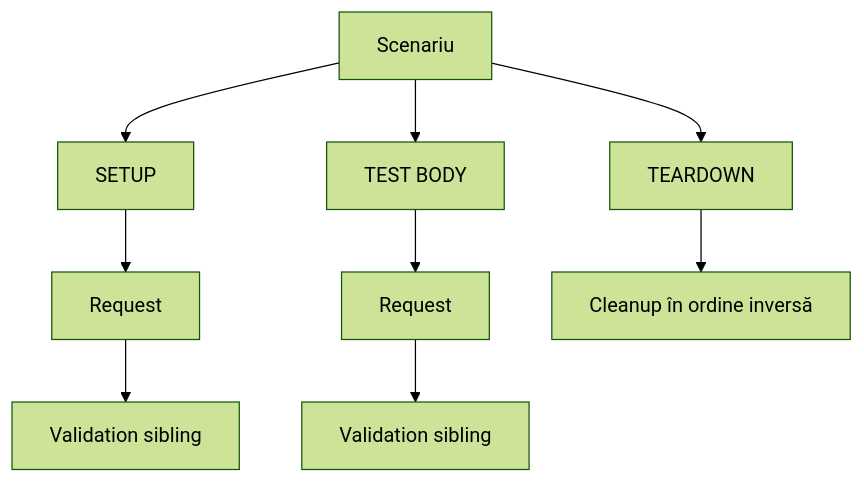
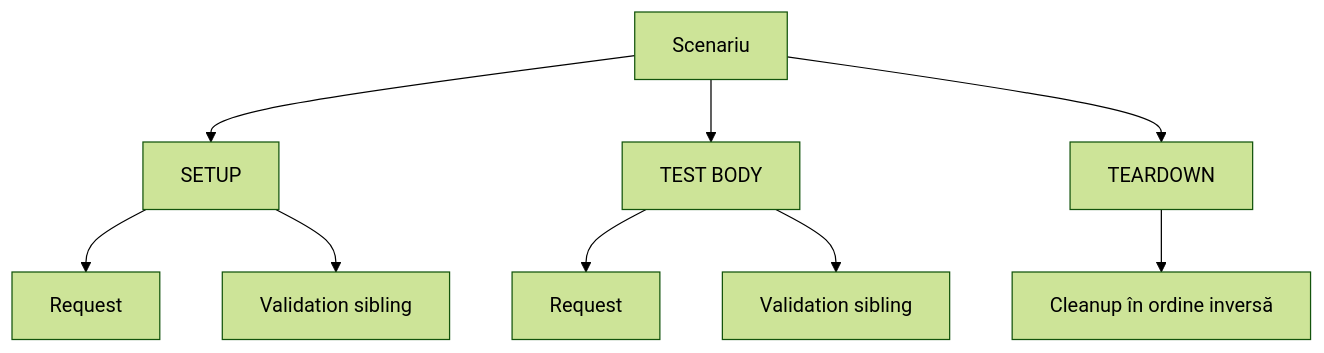
Before and after one commit to crististefanita/demo2: the fifth of 6 diagrams in docs/ATF_Architecture.md, drawn with Mermaid (forest theme). The commit also changed other lines of this file and 38 other files, not shown here.

```diff
--- a/docs/ATF_Architecture.md
+++ b/docs/ATF_Architecture.md
@@ -85,11 +132,11 @@
 ~~~mermaid
 flowchart TD
     Scenario[Scenariu] --> Setup[SETUP]
     Scenario --> Body[TEST BODY]
     Scenario --> Teardown[TEARDOWN]
     Setup --> SR[Request]
-    SR --> SV[Validation sibling]
+    Setup --> SV[Validation sibling]
     Body --> BR[Request]
-    BR --> BV[Validation sibling]
+    Body --> BV[Validation sibling]
     Teardown --> Cleanup[Cleanup în ordine inversă]
 ~~~
```
